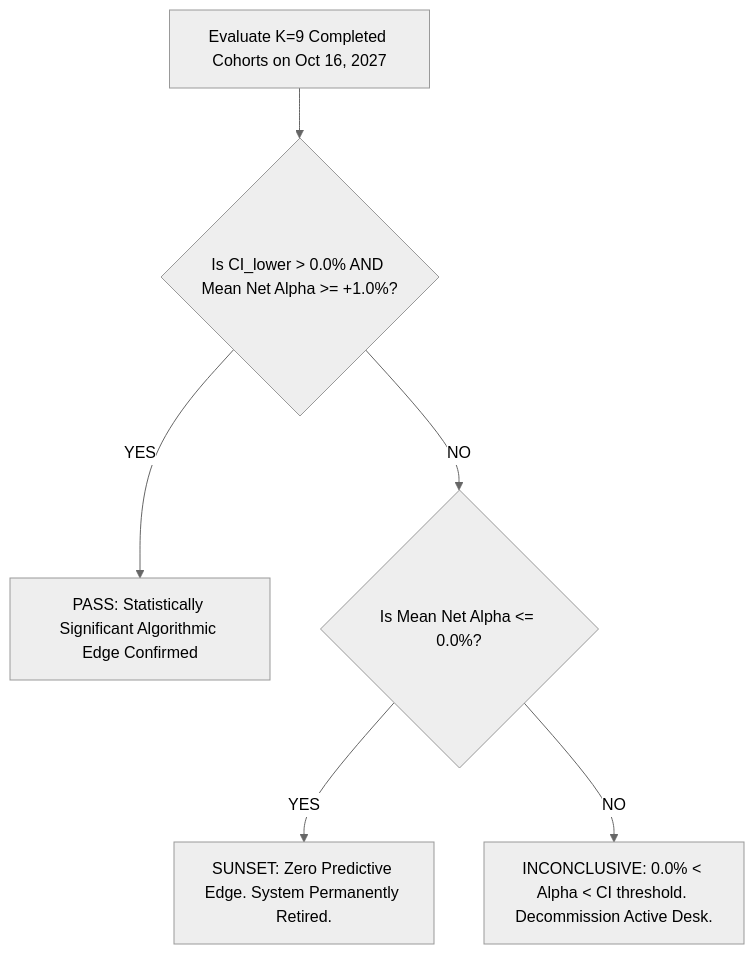
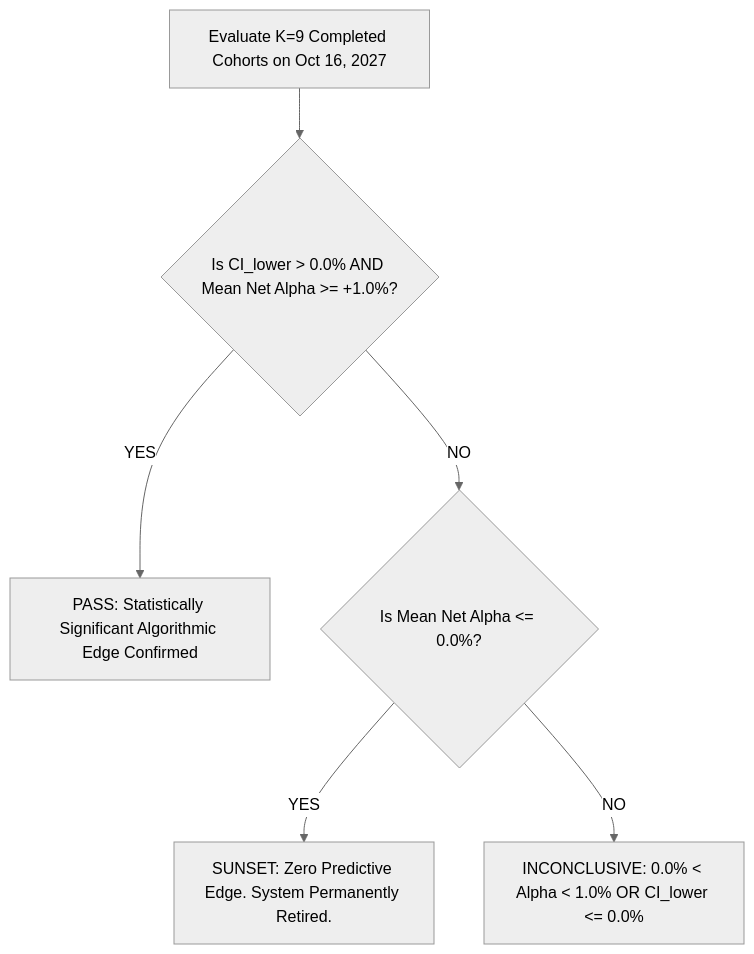
One commit to redopm/Trade_Matrix changed the diagram in docs/forward_testing_protocol_v2.md. Above: the diagram before and after it, drawn with Mermaid (neutral theme). The commit also changed other lines of this file and 4 other files, not shown here.

````diff
--- a/docs/forward_testing_protocol_v2.md
+++ b/docs/forward_testing_protocol_v2.md
@@ -167,8 +167,8 @@
 ```mermaid
 graph TD
     A[Evaluate K=9 Completed Cohorts on Oct 16, 2027] --> B{Is CI_lower > 0.0% AND Mean Net Alpha >= +1.0%?}
     B -- YES --> C[PASS: Statistically Significant Algorithmic Edge Confirmed]
     B -- NO --> D{Is Mean Net Alpha <= 0.0%?}
     D -- YES --> E[SUNSET: Zero Predictive Edge. System Permanently Retired.]
-    D -- NO --> F[INCONCLUSIVE: 0.0% < Alpha < CI threshold. Decommission Active Desk.]
+    D -- NO --> F["INCONCLUSIVE: 0.0% < Alpha < 1.0% OR CI_lower <= 0.0%"]
 ```
````
